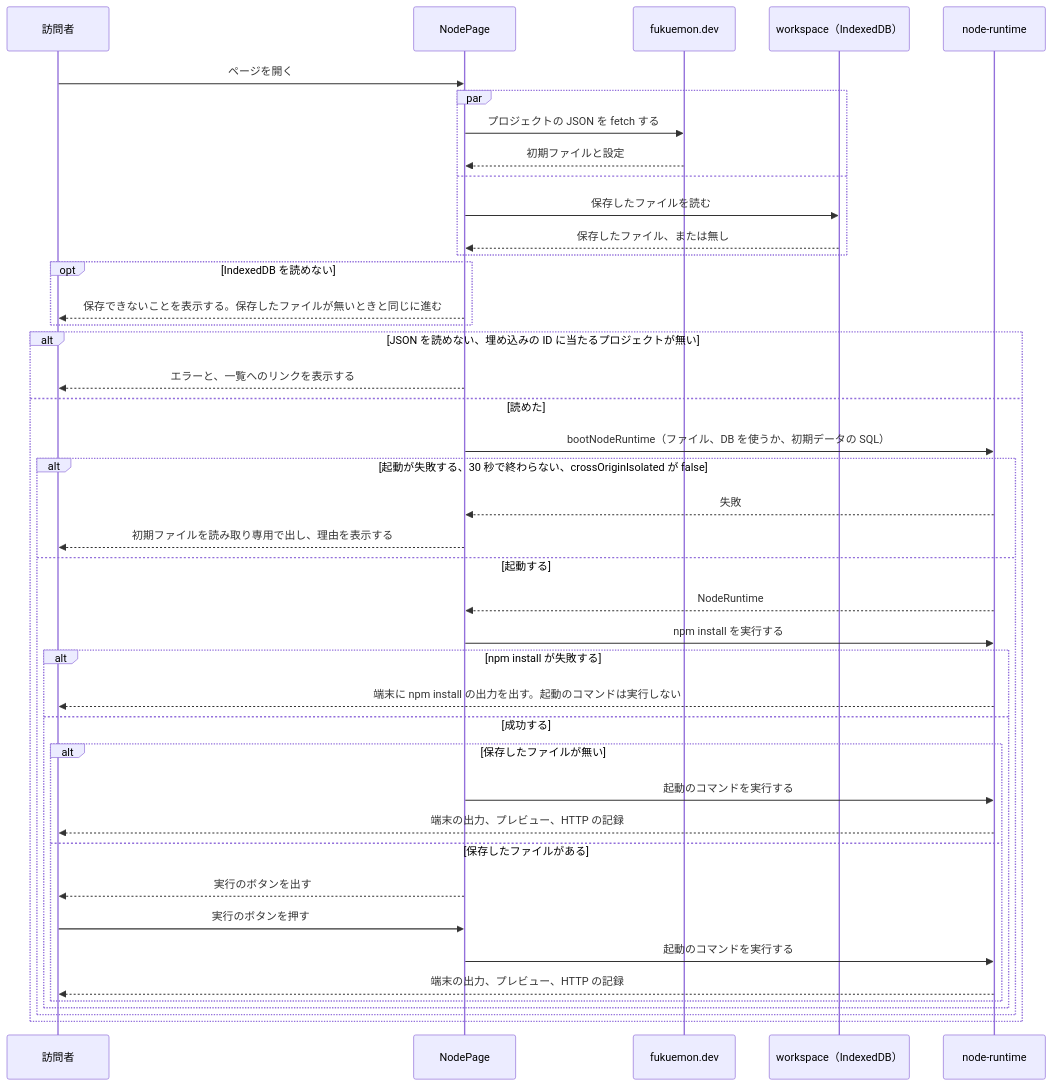
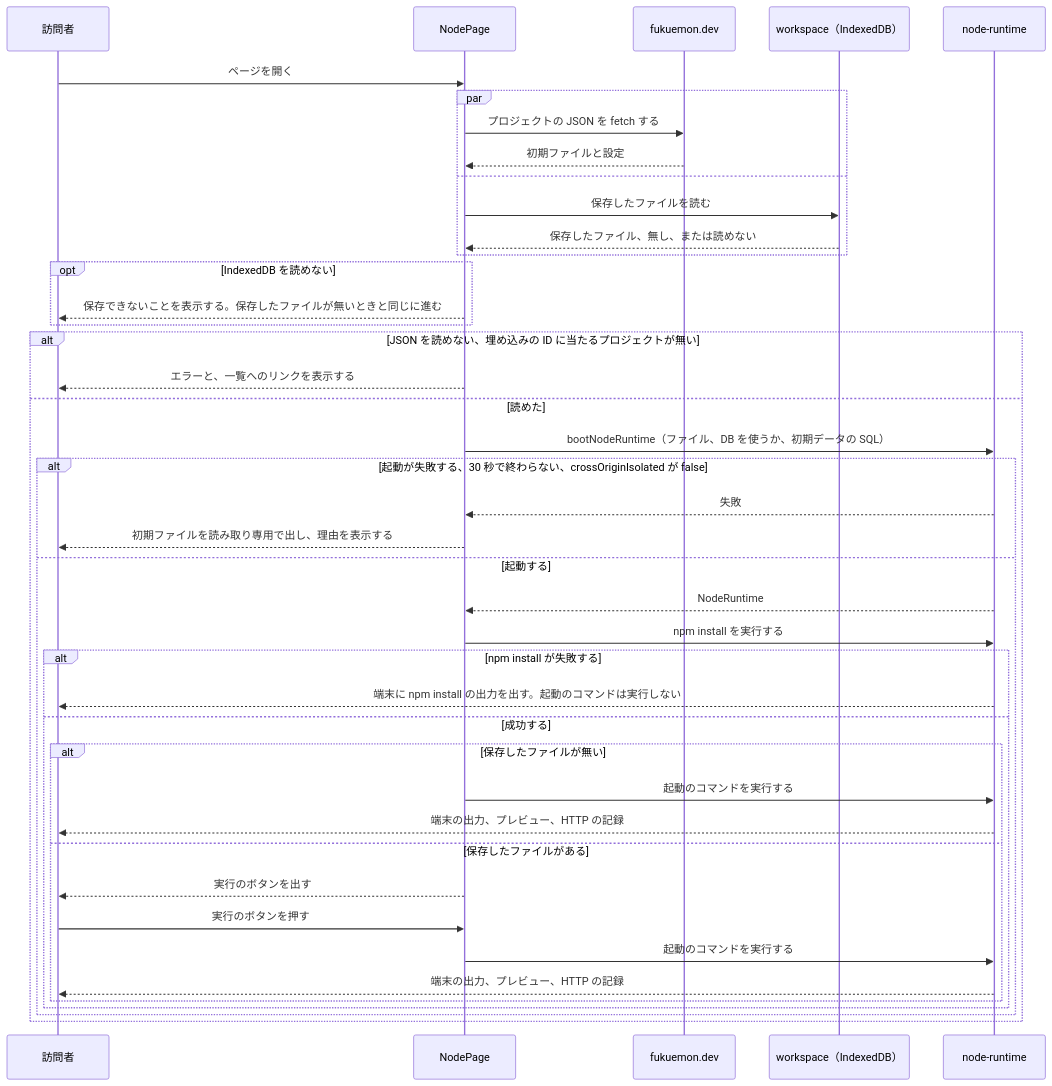
The third of 3 diagrams in design/features/playground/DesignDoc.md (Fukuemon/fukuemon.dev), drawn with Mermaid before and after one commit. The commit also changed other lines of this file and 1 other file, not shown here.

Commit message:
docs(adr): architecture のレビューの 2 回目の指摘を Design Doc に反映する #93

````diff
--- a/design/features/playground/DesignDoc.md
+++ b/design/features/playground/DesignDoc.md
@@ -381,45 +392,45 @@
 ```mermaid
 sequenceDiagram
   participant V as 訪問者
   participant P as NodePage
   participant W as fukuemon.dev
   participant S as workspace（IndexedDB）
   participant R as node-runtime
 
   V->>P: ページを開く
   par
     P->>W: プロジェクトの JSON を fetch する
     W-->>P: 初期ファイルと設定
   and
     P->>S: 保存したファイルを読む
-    S-->>P: 保存したファイル、または無し
+    S-->>P: 保存したファイル、無し、または読めない
   end
   opt IndexedDB を読めない
     P-->>V: 保存できないことを表示する。保存したファイルが無いときと同じに進む
   end
   alt JSON を読めない、埋め込みの ID に当たるプロジェクトが無い
     P-->>V: エラーと、一覧へのリンクを表示する
   else 読めた
     P->>R: bootNodeRuntime（ファイル、DB を使うか、初期データの SQL）
     alt 起動が失敗する、30 秒で終わらない、crossOriginIsolated が false
       R-->>P: 失敗
       P-->>V: 初期ファイルを読み取り専用で出し、理由を表示する
     else 起動する
       R-->>P: NodeRuntime
       P->>R: npm install を実行する
       alt npm install が失敗する
         R-->>V: 端末に npm install の出力を出す。起動のコマンドは実行しない
       else 成功する
         alt 保存したファイルが無い
           P->>R: 起動のコマンドを実行する
           R-->>V: 端末の出力、プレビュー、HTTP の記録
         else 保存したファイルがある
           P-->>V: 実行のボタンを出す
           V->>P: 実行のボタンを押す
           P->>R: 起動のコマンドを実行する
           R-->>V: 端末の出力、プレビュー、HTTP の記録
         end
       end
     end
   end
 ```
````
